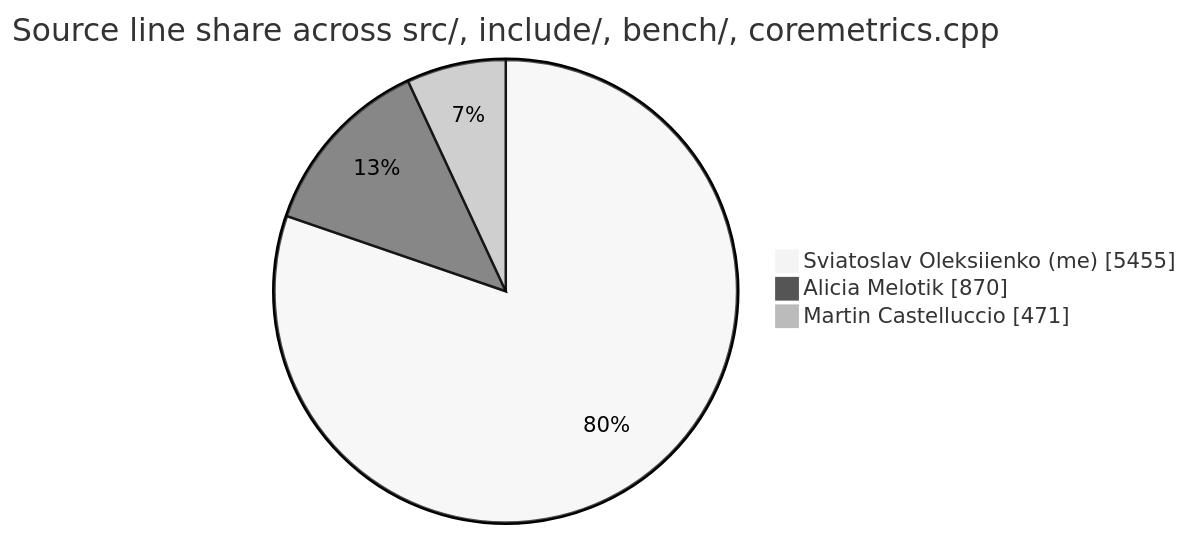
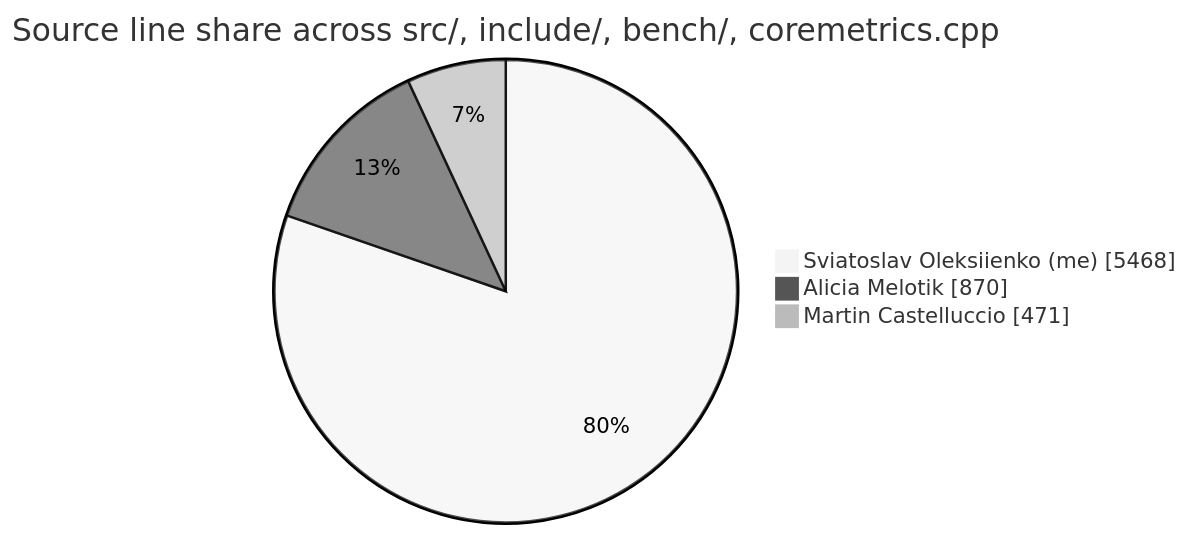
Before and after one commit to sviatil0/coremetrics: the diagram in .github/badges/contributions.md, drawn with Mermaid (neutral theme). The commit also changed other lines of this file and 2 other files, not shown here.

Commit message:
chore(contribution): refresh badge and per-author breakdown from git blame

````diff
--- a/.github/badges/contributions.md
+++ b/.github/badges/contributions.md
@@ -11,7 +11,7 @@
 ```mermaid
 pie showData
     title Source line share across src/, include/, bench/, coremetrics.cpp
-    "Sviatoslav Oleksiienko (me)" : 5455
+    "Sviatoslav Oleksiienko (me)" : 5468
     "Alicia Melotik" : 870
     "Martin Castelluccio" : 471
 ```
````
